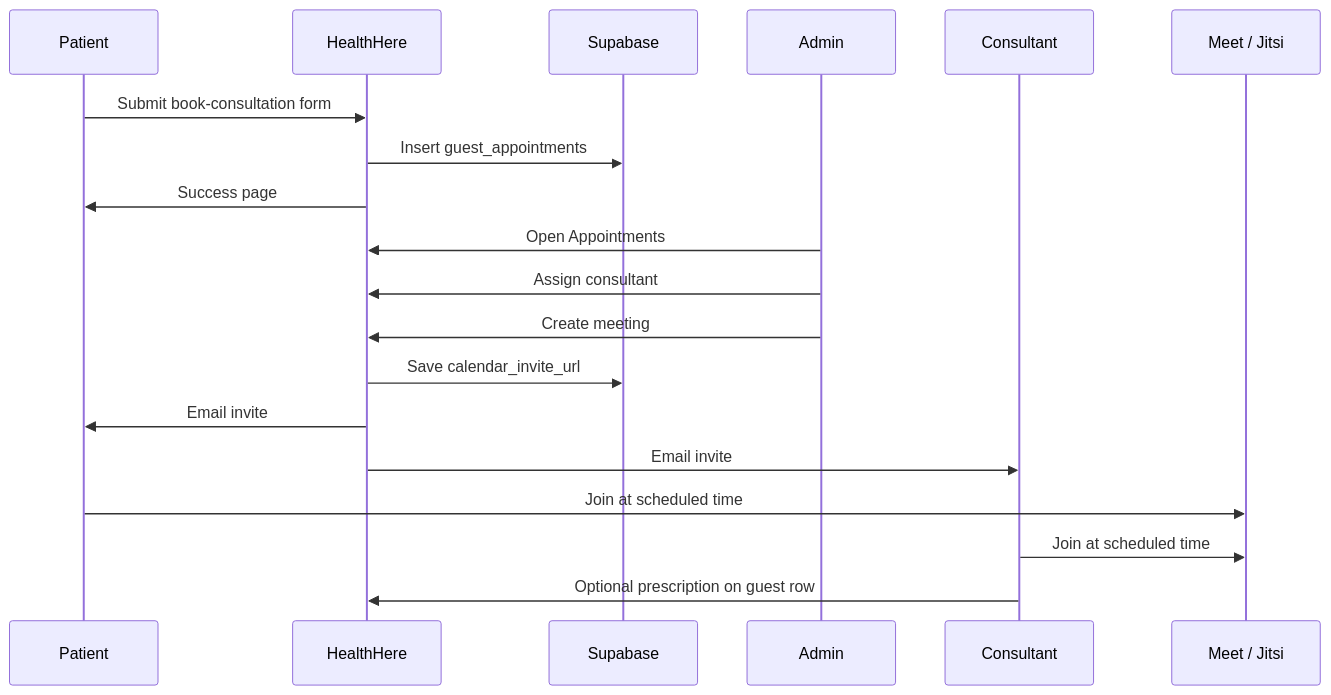
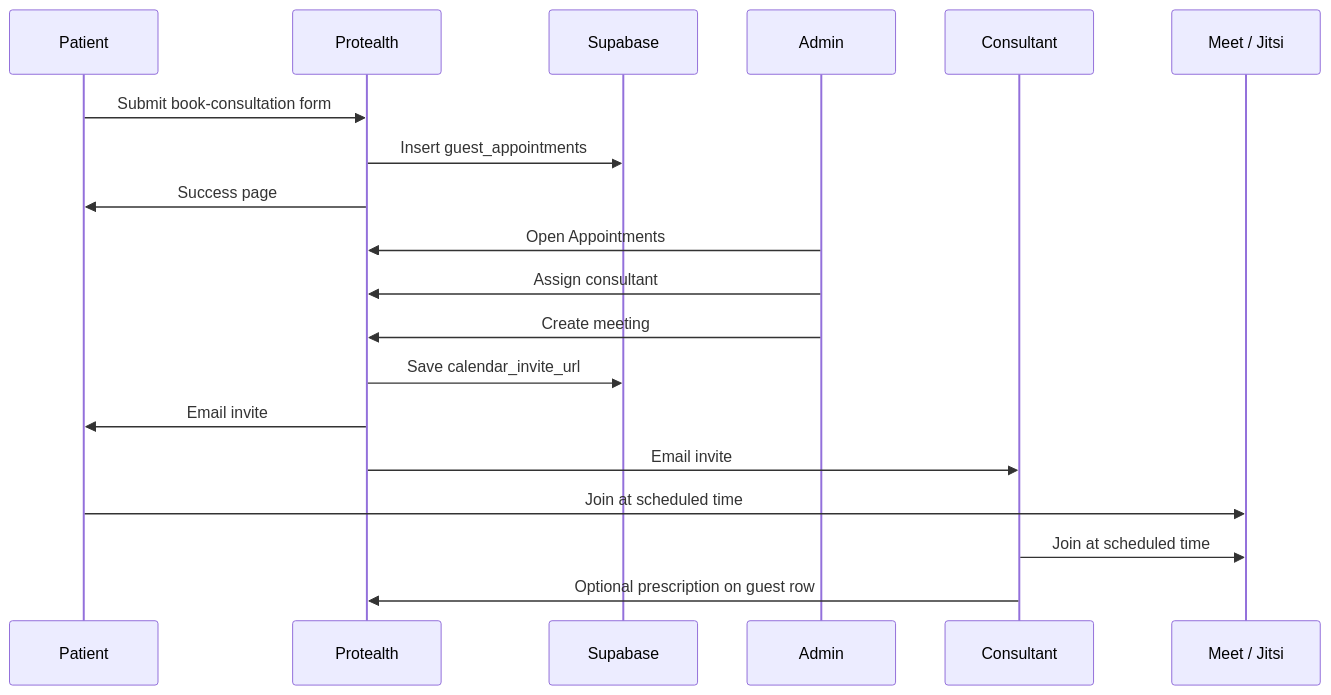
One commit to Harshgupta2902/healthcare changed the fifth of 8 diagrams in README.md. Above: the diagram before and after it, drawn with Mermaid. The commit also changed other lines of this file and 47 other files, not shown here.

First line of the commit message:
chore: rebrand HealthHere to Protealth across codebase

````diff
--- a/README.md
+++ b/README.md
@@ -355,24 +355,24 @@
 ```mermaid
 sequenceDiagram
   participant Patient
-  participant Site as HealthHere
+  participant Site as Protealth
   participant DB as Supabase
   participant Admin
   participant Consultant
   participant Video as Meet / Jitsi
 
   Patient->>Site: Submit book-consultation form
   Site->>DB: Insert guest_appointments
   Site->>Patient: Success page
 
   Admin->>Site: Open Appointments
   Admin->>Site: Assign consultant
   Admin->>Site: Create meeting
   Site->>DB: Save calendar_invite_url
   Site->>Patient: Email invite
   Site->>Consultant: Email invite
 
   Patient->>Video: Join at scheduled time
   Consultant->>Video: Join at scheduled time
   Consultant->>Site: Optional prescription on guest row
 ```
````
